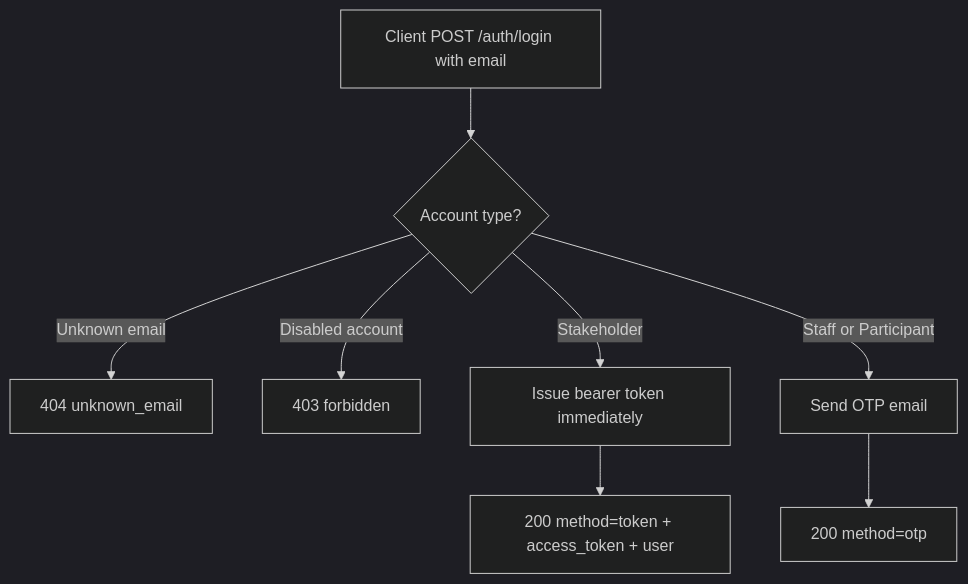
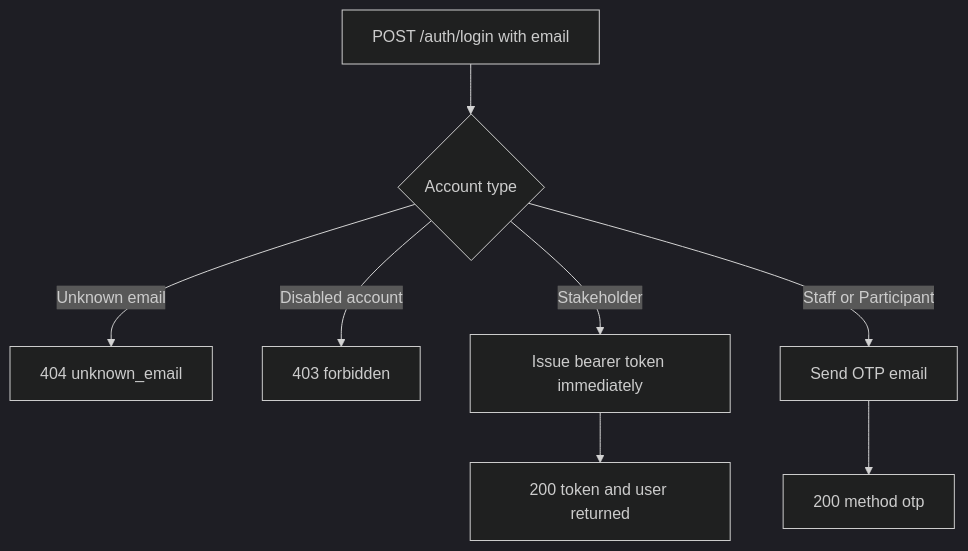
The first of 9 diagrams in API_WORKFLOWS.md (BradyTun/Let-s-Tech-Project-Planning-App), drawn with Mermaid (dark theme) before and after one commit. The commit also changed other lines of this file and 2 other files, not shown here.

````diff
--- a/API_WORKFLOWS.md
+++ b/API_WORKFLOWS.md
@@ -29,10 +29,10 @@
 ```mermaid
 flowchart TD
-    A[Client POST /auth/login with email] --> B{Account type?}
-    B -->|Unknown email| C[404 unknown_email]
-    B -->|Disabled account| D[403 forbidden]
-    B -->|Stakeholder| E[Issue bearer token immediately]
-    B -->|Staff or Participant| F[Send OTP email]
-    F --> G[200 method=otp]
-    E --> H[200 method=token + access_token + user]
+    A["POST /auth/login with email"] --> B{"Account type"}
+    B -->|Unknown email| C["404 unknown_email"]
+    B -->|Disabled account| D["403 forbidden"]
+    B -->|Stakeholder| E["Issue bearer token immediately"]
+    B -->|Staff or Participant| F["Send OTP email"]
+    F --> G["200 method otp"]
+    E --> H["200 token and user returned"]
 ```
````
